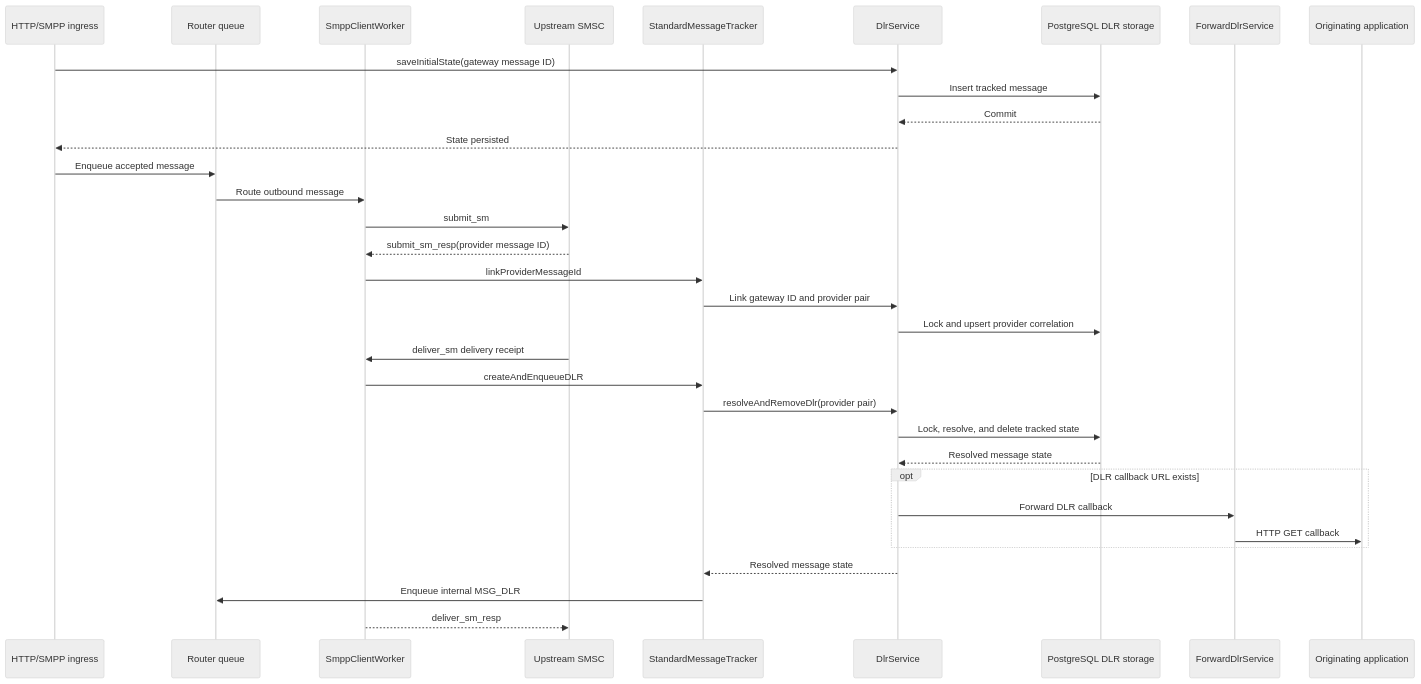
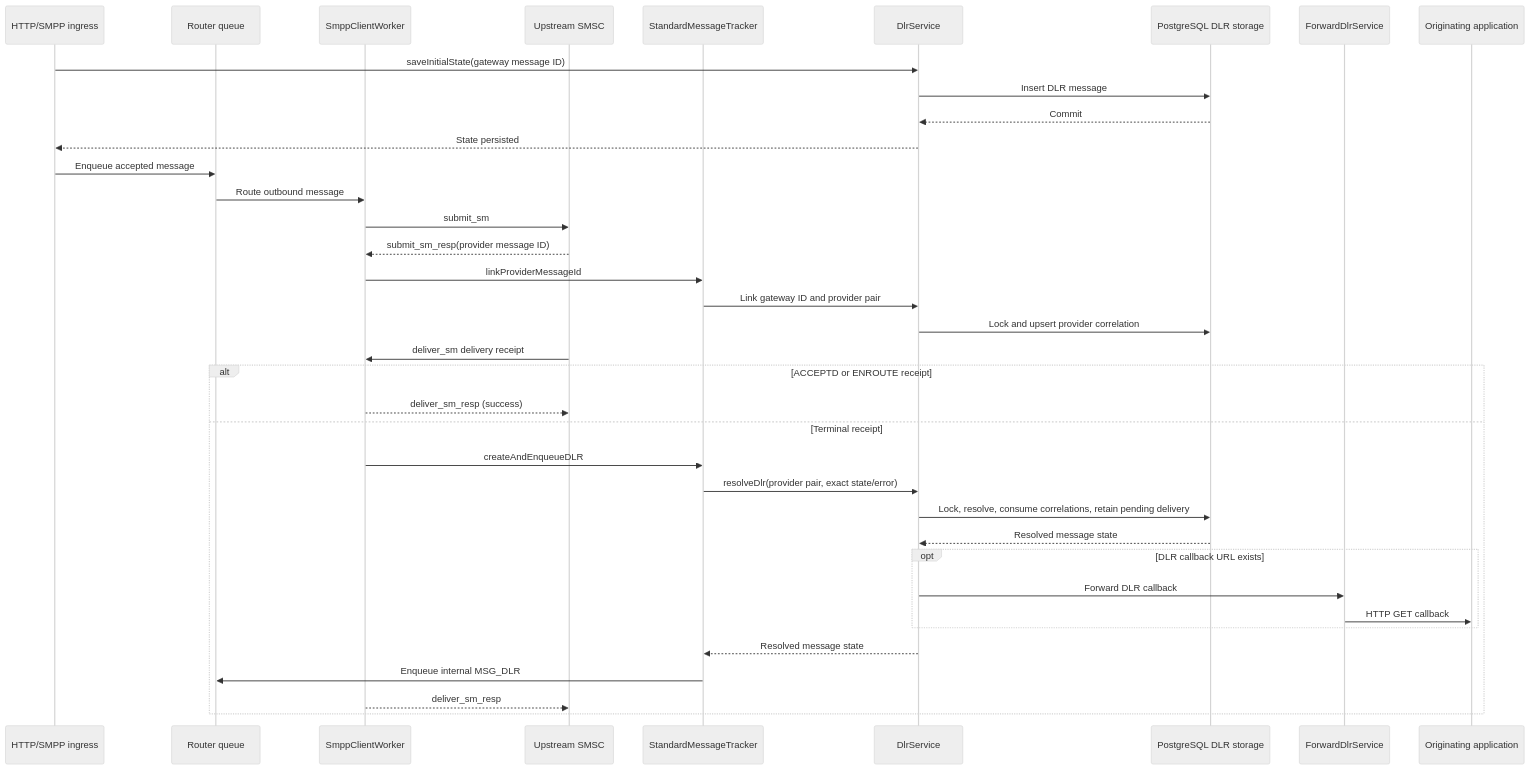
Before and after one commit to cytechmobile/sendium: the fifth of 6 diagrams in docs/01-architecture.md, drawn with Mermaid (neutral theme). The commit also changed other lines of this file and 37 other files, not shown here.

Commit message:
feat(dlr): make downstream delivery durable

````diff
--- a/docs/01-architecture.md
+++ b/docs/01-architecture.md
@@ -158,37 +158,41 @@
 ```mermaid
 sequenceDiagram
     participant Ingress as HTTP/SMPP ingress
     participant Router as Router queue
     participant Worker as SmppClientWorker
     participant SMSC as Upstream SMSC
     participant Tracker as StandardMessageTracker
     participant Service as DlrService
     participant Database as PostgreSQL DLR storage
     participant DLRHook as ForwardDlrService
     participant App as Originating application
 
     Ingress->>Service: saveInitialState(gateway message ID)
-    Service->>Database: Insert tracked message
+    Service->>Database: Insert DLR message
     Database-->>Service: Commit
     Service-->>Ingress: State persisted
     Ingress->>Router: Enqueue accepted message
     Router->>Worker: Route outbound message
     Worker->>SMSC: submit_sm
     SMSC-->>Worker: submit_sm_resp(provider message ID)
     Worker->>Tracker: linkProviderMessageId
     Tracker->>Service: Link gateway ID and provider pair
     Service->>Database: Lock and upsert provider correlation
 
     SMSC->>Worker: deliver_sm delivery receipt
-    Worker->>Tracker: createAndEnqueueDLR
-    Tracker->>Service: resolveAndRemoveDlr(provider pair)
-    Service->>Database: Lock, resolve, and delete tracked state
-    Database-->>Service: Resolved message state
-    opt DLR callback URL exists
-        Service->>DLRHook: Forward DLR callback
-        DLRHook->>App: HTTP GET callback
+    alt ACCEPTD or ENROUTE receipt
+        Worker-->>SMSC: deliver_sm_resp (success)
+    else Terminal receipt
+        Worker->>Tracker: createAndEnqueueDLR
+        Tracker->>Service: resolveDlr(provider pair, exact state/error)
+        Service->>Database: Lock, resolve, consume correlations, retain pending delivery
+        Database-->>Service: Resolved message state
+        opt DLR callback URL exists
+            Service->>DLRHook: Forward DLR callback
+            DLRHook->>App: HTTP GET callback
+        end
+        Service-->>Tracker: Resolved message state
+        Tracker->>Router: Enqueue internal MSG_DLR
+        Worker-->>SMSC: deliver_sm_resp
     end
-    Service-->>Tracker: Resolved message state
-    Tracker->>Router: Enqueue internal MSG_DLR
-    Worker-->>SMSC: deliver_sm_resp
 ```
````
